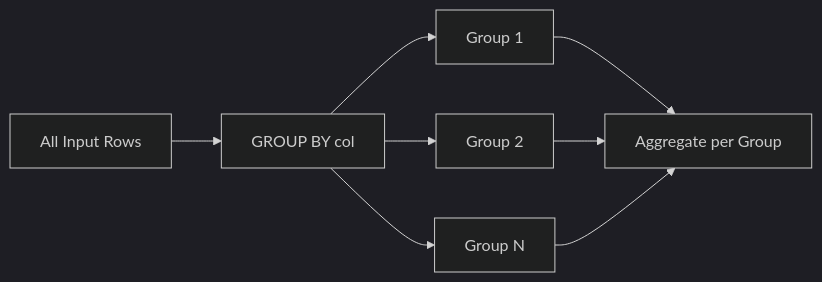
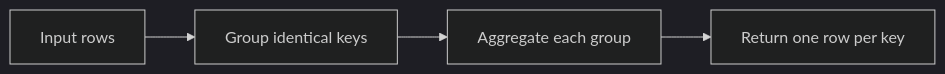
One commit to mahfooziiitian/spark-batch changed the diagram in spark-sql/docs/querying/aggregation/group.md. Above: the diagram before and after it, drawn with Mermaid (dark theme). The commit also changed other lines of this file and 809 other files, not shown here.

````diff
--- a/spark-sql/docs/querying/aggregation/group.md
+++ b/spark-sql/docs/querying/aggregation/group.md
@@ -7,10 +9,6 @@
 ```mermaid
 graph LR
-    A[All Input Rows] --> B["GROUP BY col"]
-    B --> C[Group 1]
-    B --> D[Group 2]
-    B --> E[Group N]
-    C --> F[Aggregate per Group]
-    D --> F
-    E --> F
+    A[Input rows] --> B[Group identical keys]
+    B --> C[Aggregate each group]
+    C --> D[Return one row per key]
 ```
````
